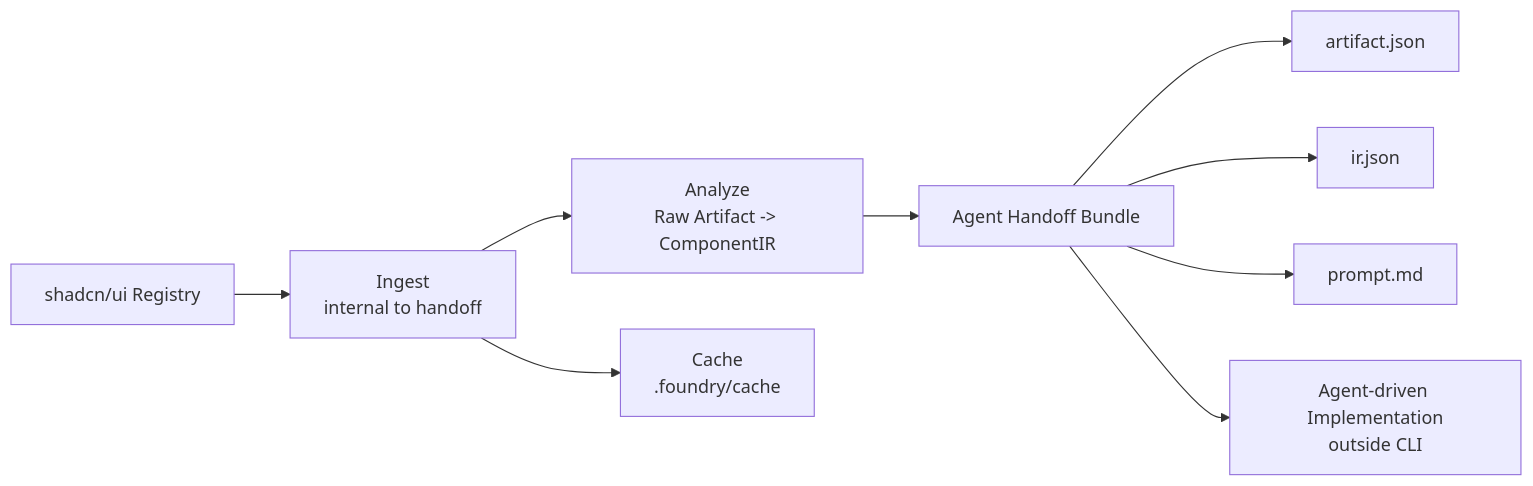
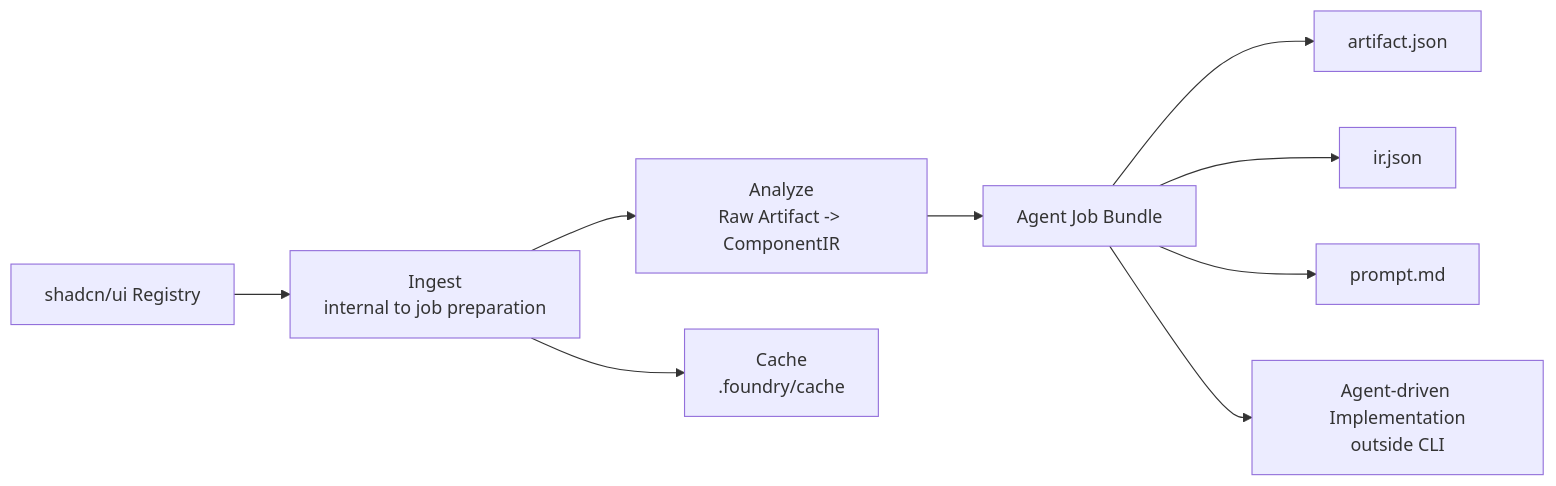
One commit to billy-briggs-dev/shadcnui-foundry changed the first of 2 diagrams in docs/workflow.md. Above: the diagram before and after it, drawn with Mermaid. The commit also changed other lines of this file and 15 other files, not shown here.

````diff
--- a/docs/workflow.md
+++ b/docs/workflow.md
@@ -7,13 +7,13 @@
 ```mermaid
 flowchart LR
-    A[shadcn/ui Registry] --> B[Ingest<br/>internal to handoff]
+    A[shadcn/ui Registry] --> B[Ingest<br/>internal to job preparation]
     B --> C[Analyze<br/>Raw Artifact -> ComponentIR]
-    C --> D[Agent Handoff Bundle]
+    C --> D[Agent Job Bundle]
 
     D --> E1[artifact.json]
     D --> E2[ir.json]
     D --> E3[prompt.md]
 
     B --> F[Cache<br/>.foundry/cache]
     D --> G[Agent-driven Implementation<br/>outside CLI]
 ```
````
